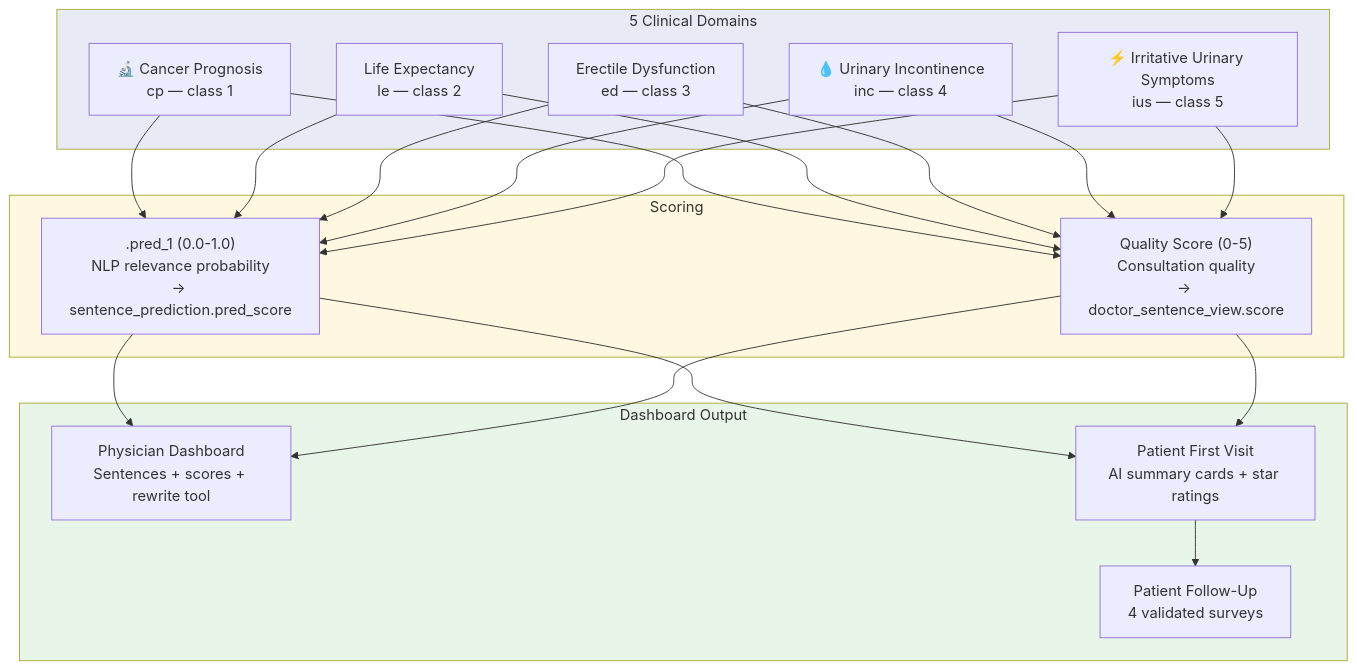
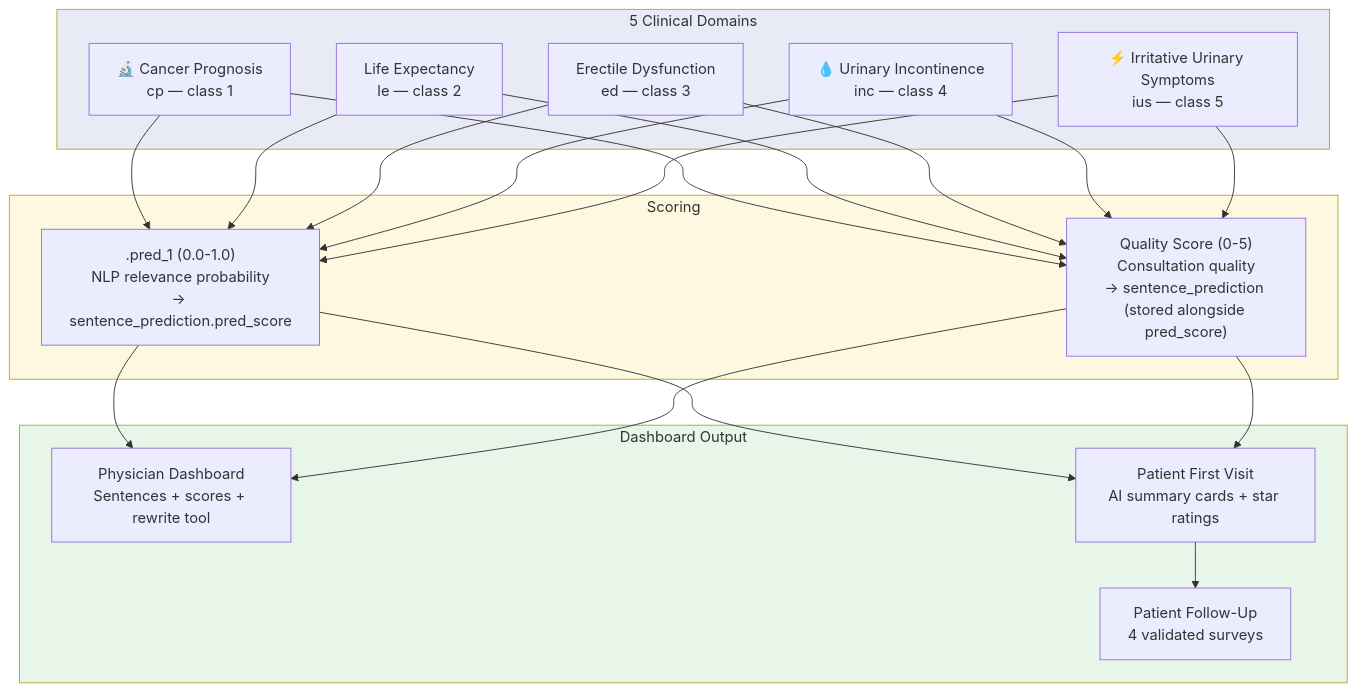
The tenth of 11 diagrams in docs/architecture/ARCHITECTURE_DIAGRAMS.md (HyunjunA/Prostate_cancer_consultation), drawn with Mermaid before and after one commit. The commit also changed other lines of this file and 18 other files, not shown here.

````diff
--- a/docs/architecture/ARCHITECTURE_DIAGRAMS.md
+++ b/docs/architecture/ARCHITECTURE_DIAGRAMS.md
@@ -590,33 +577,33 @@
 ```mermaid
 graph TD
     subgraph Domains["5 Clinical Domains"]
         CP["🔬 Cancer Prognosis<br/>cp — class 1"]
         LE[" Life Expectancy<br/>le — class 2"]
         ED[" Erectile Dysfunction<br/>ed — class 3"]
         INC["💧 Urinary Incontinence<br/>inc — class 4"]
         IUS["⚡ Irritative Urinary Symptoms<br/>ius — class 5"]
     end
 
     subgraph Scores["Scoring"]
         PRED[".pred_1 (0.0-1.0)<br/>NLP relevance probability<br/>→ sentence_prediction.pred_score"]
-        QUAL["Quality Score (0-5)<br/>Consultation quality<br/>→ doctor_sentence_view.score"]
+        QUAL["Quality Score (0-5)<br/>Consultation quality<br/>→ sentence_prediction (stored alongside pred_score)"]
     end
 
     subgraph Outputs["Dashboard Output"]
         DOC["Physician Dashboard<br/>Sentences + scores + rewrite tool"]
         PAT["Patient First Visit<br/>AI summary cards + star ratings"]
         FU["Patient Follow-Up<br/>4 validated surveys"]
     end
 
     CP & LE & ED & INC & IUS --> PRED
     CP & LE & ED & INC & IUS --> QUAL
     PRED --> DOC
     QUAL --> DOC
     PRED --> PAT
     QUAL --> PAT
     PAT --> FU
 
     style Domains fill:#e8eaf6
     style Scores fill:#fff8e1
     style Outputs fill:#e8f5e9
 ```
````
